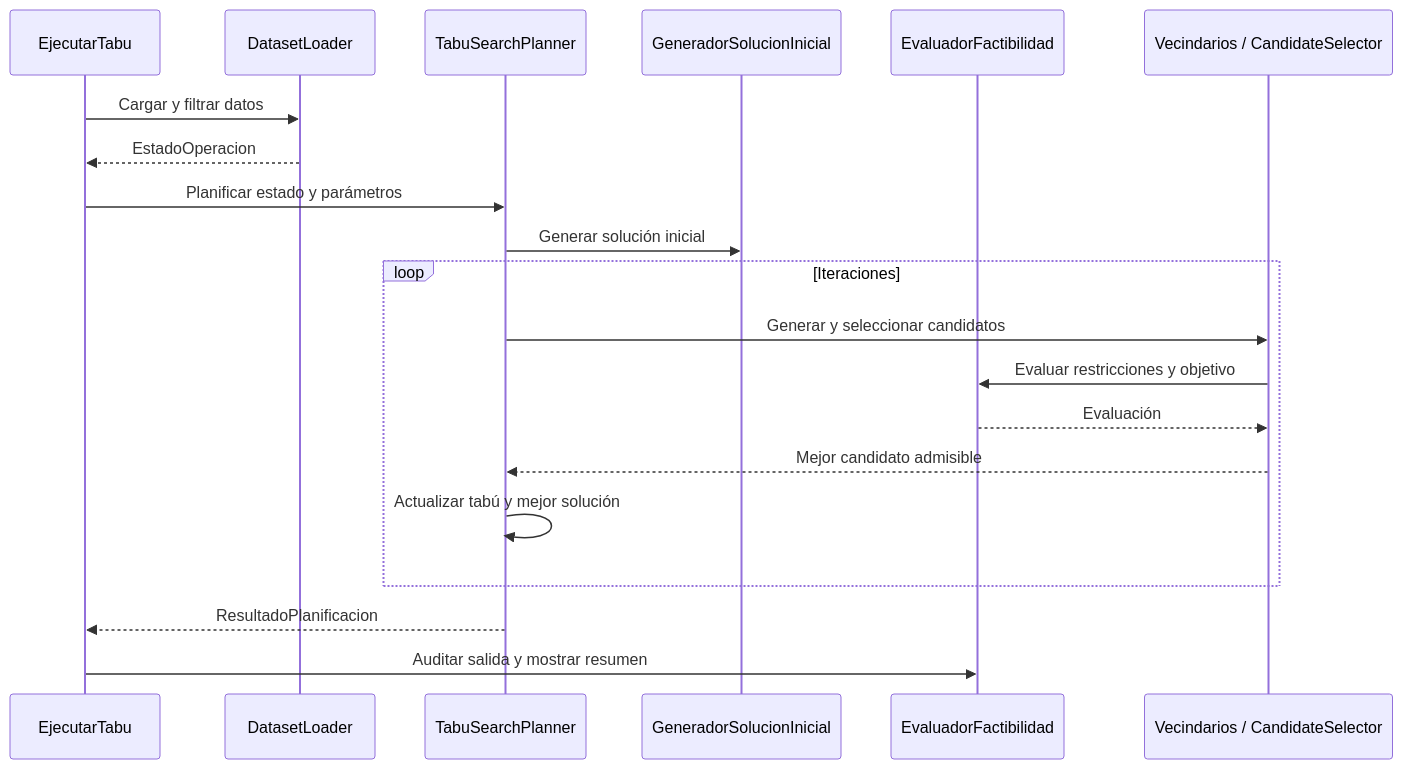
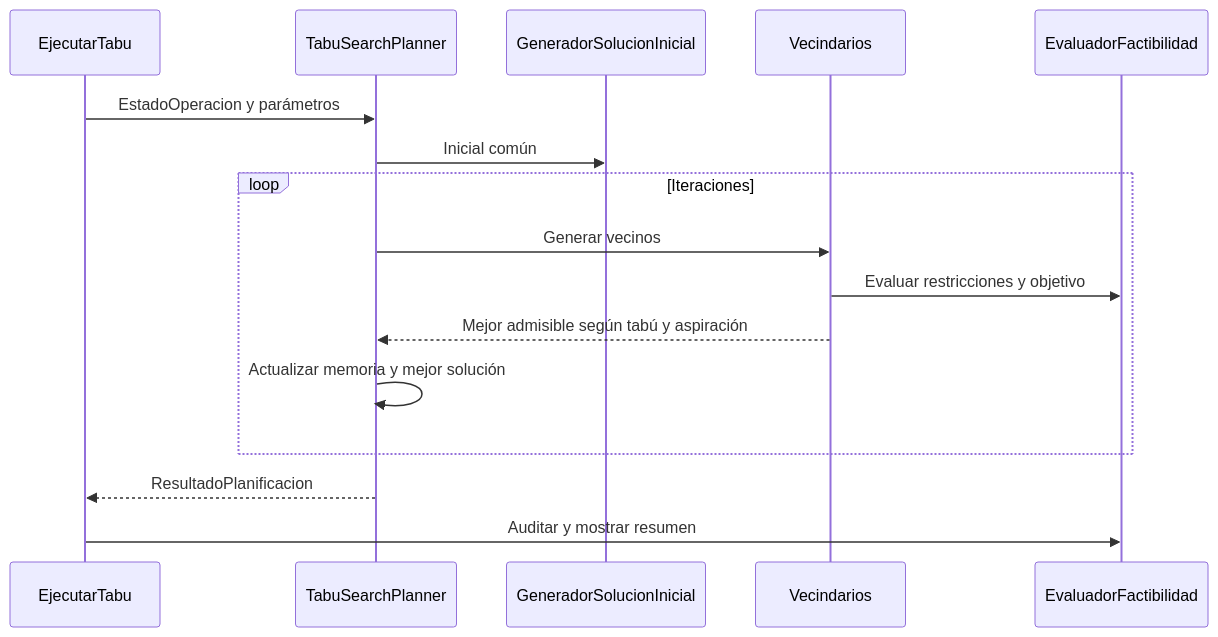
Before and after one commit to Gandy-Zinanyuca/DP1-G6F-Prototipo: the diagram in algoritmos/tabu/README.md, drawn with Mermaid. The commit also changed other lines of this file and 39 other files, not shown here.

````diff
--- a/algoritmos/tabu/README.md
+++ b/algoritmos/tabu/README.md
@@ -44,22 +33,18 @@
 ```mermaid
 sequenceDiagram
     participant CLI as EjecutarTabu
-    participant L as DatasetLoader
     participant T as TabuSearchPlanner
     participant G as GeneradorSolucionInicial
+    participant V as Vecindarios
     participant E as EvaluadorFactibilidad
-    participant V as Vecindarios / CandidateSelector
-    CLI->>L: Cargar y filtrar datos
-    L-->>CLI: EstadoOperacion
-    CLI->>T: Planificar estado y parámetros
-    T->>G: Generar solución inicial
+    CLI->>T: EstadoOperacion y parámetros
+    T->>G: Inicial común
     loop Iteraciones
-        T->>V: Generar y seleccionar candidatos
+        T->>V: Generar vecinos
         V->>E: Evaluar restricciones y objetivo
-        E-->>V: Evaluación
-        V-->>T: Mejor candidato admisible
-        T->>T: Actualizar tabú y mejor solución
+        V-->>T: Mejor admisible según tabú y aspiración
+        T->>T: Actualizar memoria y mejor solución
     end
     T-->>CLI: ResultadoPlanificacion
-    CLI->>E: Auditar salida y mostrar resumen
+    CLI->>E: Auditar y mostrar resumen
 ```
````
